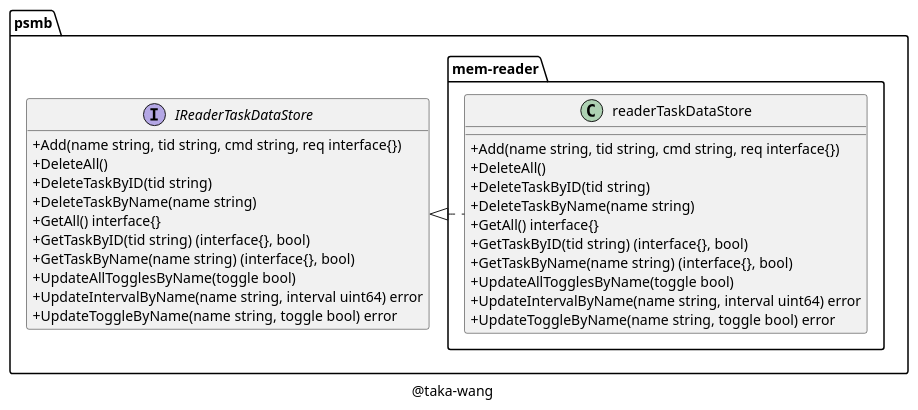
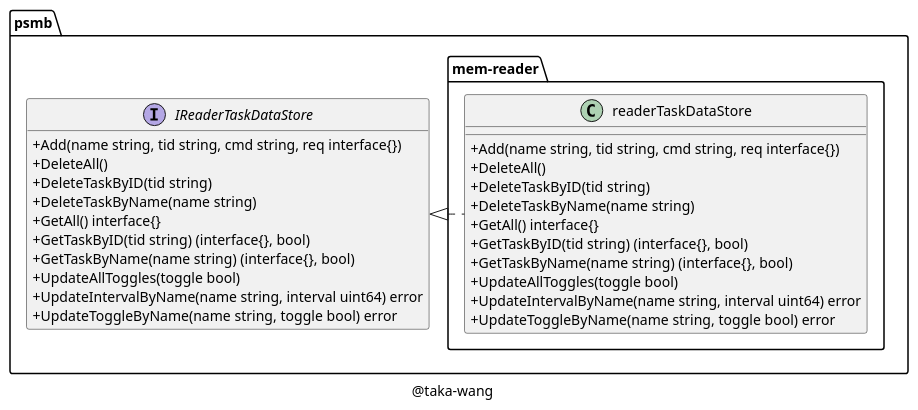
One commit to taka-wang/puml changed the diagram in class/mem-reader.puml. Above: the diagram before and after it, drawn with PlantUML. The commit also changed 3 other files, not shown here.

Commit message:
update uml

```diff
--- a/class/mem-reader.puml
+++ b/class/mem-reader.puml
@@ -1,39 +1,39 @@
 @startuml
 
 set namespaceSeparator /
 
 skinparam classAttributeIconSize 0
 
 class psmb/mem-reader/readerTaskDataStore {
     +Add(name string, tid string, cmd string, req interface{})
     +DeleteAll()
     +DeleteTaskByID(tid string)
     +DeleteTaskByName(name string)
     +GetAll() interface{}
     +GetTaskByID(tid string) (interface{}, bool)
     +GetTaskByName(name string) (interface{}, bool)
-    +UpdateAllTogglesByName(toggle bool)
+    +UpdateAllToggles(toggle bool)
     +UpdateIntervalByName(name string, interval uint64) error
     +UpdateToggleByName(name string, toggle bool) error
 }
 
 interface psmb/IReaderTaskDataStore {
     +Add(name string, tid string, cmd string, req interface{})
     +DeleteAll()
     +DeleteTaskByID(tid string)
     +DeleteTaskByName(name string)
     +GetAll() interface{}
     +GetTaskByID(tid string) (interface{}, bool)
     +GetTaskByName(name string) (interface{}, bool)
-    +UpdateAllTogglesByName(toggle bool)
+    +UpdateAllToggles(toggle bool)
     +UpdateIntervalByName(name string, interval uint64) error
     +UpdateToggleByName(name string, toggle bool) error
 }
 
 "psmb/IReaderTaskDataStore" <|. "psmb/mem-reader/readerTaskDataStore"
 
 caption @taka-wang
 
 hide interface fields
 
 @enduml
```
